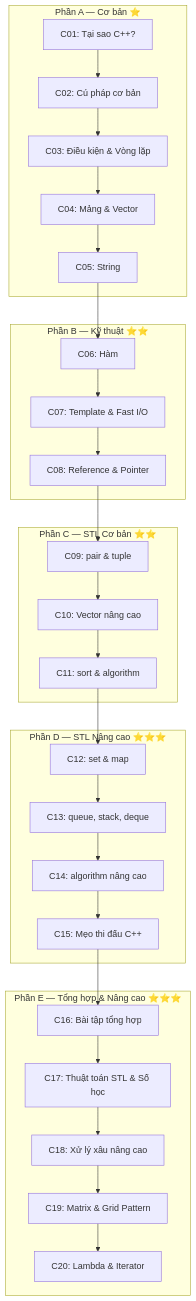
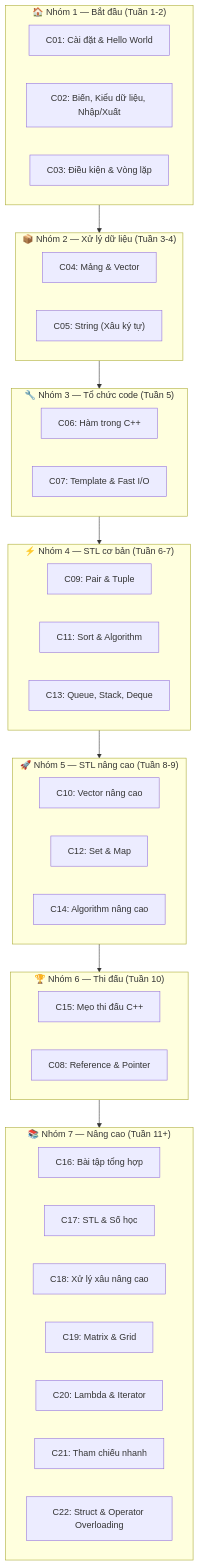
The second of 2 diagrams in docs/coding/cpp/index.md (FPTOJ-OJ/fptoj_wiki), drawn with Mermaid before and after one commit. The commit also changed other lines of this file and 151 other files, not shown here.

````diff
--- a/docs/coding/cpp/index.md
+++ b/docs/coding/cpp/index.md
@@ -32,38 +37,40 @@
 ```mermaid
 flowchart TD
-    subgraph A2["Phần A — Cơ bản ⭐"]
-        C01["C01: Tại sao C++?"]
-        C02["C02: Cú pháp cơ bản"]
+    subgraph G1["🏠 Nhóm 1 — Bắt đầu (Tuần 1-2)"]
+        C01["C01: Cài đặt & Hello World"]
+        C02["C02: Biến, Kiểu dữ liệu, Nhập/Xuất"]
         C03["C03: Điều kiện & Vòng lặp"]
+    end
+    subgraph G2["📦 Nhóm 2 — Xử lý dữ liệu (Tuần 3-4)"]
         C04["C04: Mảng & Vector"]
-        C05["C05: String"]
+        C05["C05: String (Xâu ký tự)"]
     end
-    subgraph B2["Phần B — Kỹ thuật ⭐⭐"]
-        C06["C06: Hàm"]
+    subgraph G3["🔧 Nhóm 3 — Tổ chức code (Tuần 5)"]
+        C06["C06: Hàm trong C++"]
         C07["C07: Template & Fast I/O"]
+    end
+    subgraph G4["⚡ Nhóm 4 — STL cơ bản (Tuần 6-7)"]
+        C09["C09: Pair & Tuple"]
+        C11["C11: Sort & Algorithm"]
+        C13["C13: Queue, Stack, Deque"]
+    end
+    subgraph G5["🚀 Nhóm 5 — STL nâng cao (Tuần 8-9)"]
+        C10["C10: Vector nâng cao"]
+        C12["C12: Set & Map"]
+        C14["C14: Algorithm nâng cao"]
+    end
+    subgraph G6["🏆 Nhóm 6 — Thi đấu (Tuần 10)"]
+        C15["C15: Mẹo thi đấu C++"]
         C08["C08: Reference & Pointer"]
     end
-    subgraph C2["Phần C — STL Cơ bản ⭐⭐"]
-        C09["C09: pair & tuple"]
-        C10["C10: Vector nâng cao"]
-        C11["C11: sort & algorithm"]
+    subgraph G7["📚 Nhóm 7 — Nâng cao (Tuần 11+)"]
+        C16["C16: Bài tập tổng hợp"]
+        C17["C17: STL & Số học"]
+        C18["C18: Xử lý xâu nâng cao"]
+        C19["C19: Matrix & Grid"]
+        C20["C20: Lambda & Iterator"]
+        C21["C21: Tham chiếu nhanh"]
+        C22["C22: Struct & Operator Overloading"]
     end
-    subgraph D2["Phần D — STL Nâng cao ⭐⭐⭐"]
-        C12["C12: set & map"]
-        C13["C13: queue, stack, deque"]
-        C14["C14: algorithm nâng cao"]
-        C15["C15: Mẹo thi đấu C++"]
-    end
-    subgraph E2["Phần E — Tổng hợp & Nâng cao ⭐⭐⭐"]
-        C16["C16: Bài tập tổng hợp"]
-        C17["C17: Thuật toán STL & Số học"]
-        C18["C18: Xử lý xâu nâng cao"]
-        C19["C19: Matrix & Grid Pattern"]
-        C20["C20: Lambda & Iterator"]
-    end
-    C01 --> C02 --> C03 --> C04 --> C05
-    C05 --> C06 --> C07 --> C08
-    C08 --> C09 --> C10 --> C11
-    C11 --> C12 --> C13 --> C14 --> C15
-    C15 --> C16 --> C17 --> C18 --> C19 --> C20
+    G1 --> G2 --> G3 --> G4 --> G5 --> G6 --> G7
 ```
````
